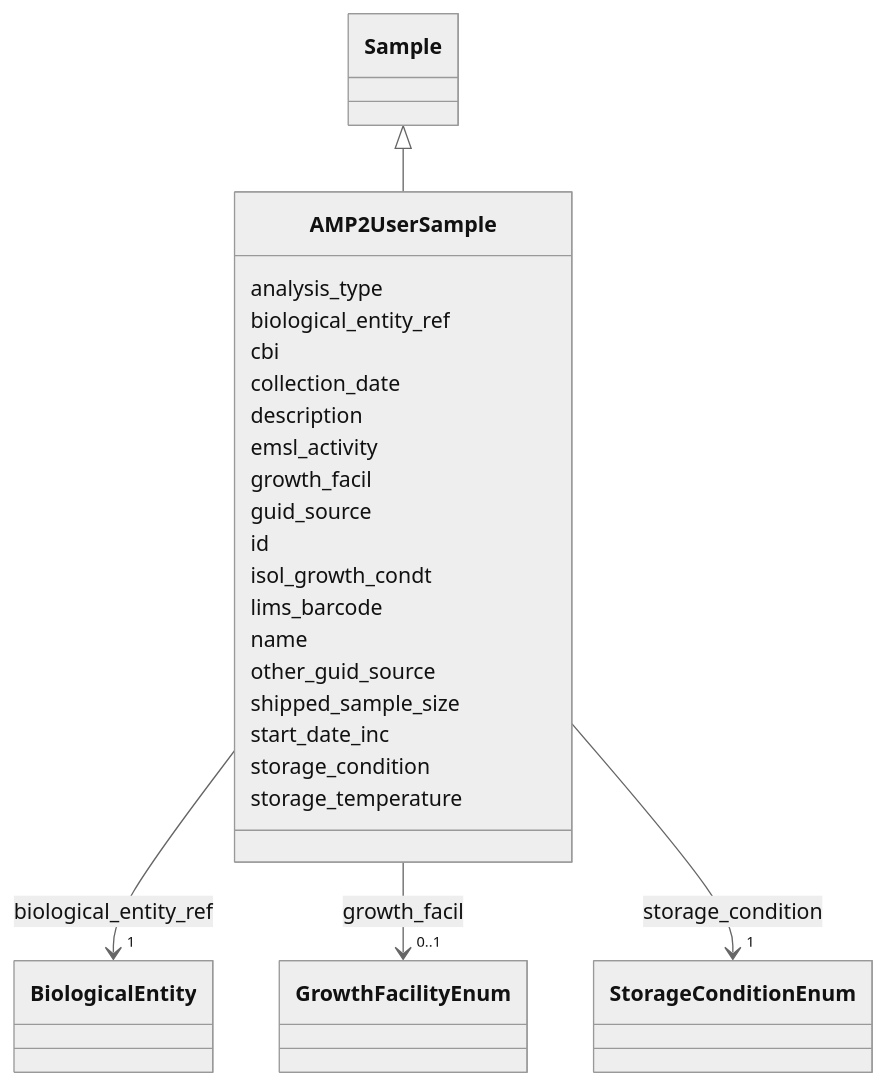
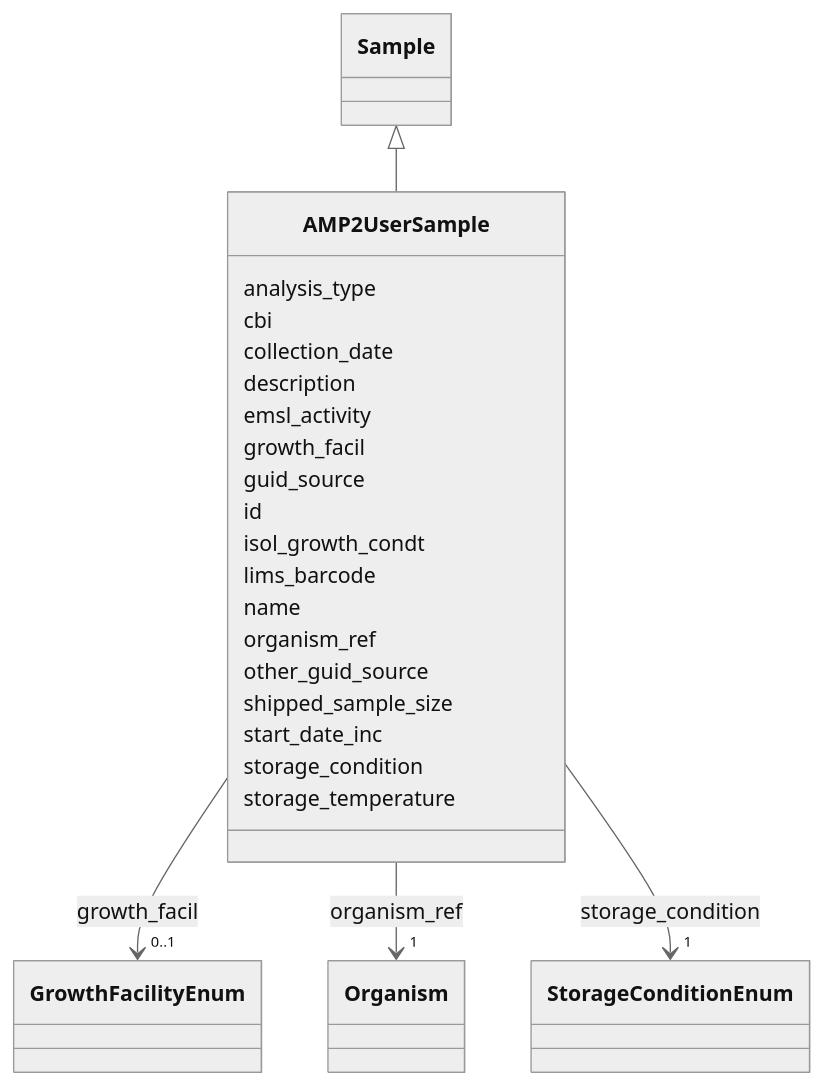
The diagram in docs/elements/AMP2UserSample.md (EMSL-Computing/BASALT-Schema), drawn with Mermaid (neutral theme) before and after one commit. The commit also changed other lines of this file and 167 other files, not shown here.

Commit message:
refactor 'biological_entity' to 'organism' and regen visualizer, models, docs

````diff
--- a/docs/elements/AMP2UserSample.md
+++ b/docs/elements/AMP2UserSample.md
@@ -44,70 +44,70 @@
 ```mermaid
  classDiagram
     class AMP2UserSample
     click AMP2UserSample href "../AMP2UserSample/"
       Sample <|-- AMP2UserSample
         click Sample href "../Sample/"
       
       AMP2UserSample : analysis_type
-        
-      AMP2UserSample : biological_entity_ref
-        
-          
-    
-        
-        
-        AMP2UserSample --> "1" BiologicalEntity : biological_entity_ref
-        click BiologicalEntity href "../BiologicalEntity/"
-    
-
         
       AMP2UserSample : cbi
         
       AMP2UserSample : collection_date
         
       AMP2UserSample : description
         
       AMP2UserSample : emsl_activity
         
       AMP2UserSample : growth_facil
         
           
     
         
         
         AMP2UserSample --> "0..1" GrowthFacilityEnum : growth_facil
         click GrowthFacilityEnum href "../GrowthFacilityEnum/"
     
 
         
       AMP2UserSample : guid_source
         
       AMP2UserSample : id
         
       AMP2UserSample : isol_growth_condt
         
       AMP2UserSample : lims_barcode
         
       AMP2UserSample : name
         
+      AMP2UserSample : organism_ref
+        
+          
+    
+        
+        
+        AMP2UserSample --> "1" Organism : organism_ref
+        click Organism href "../Organism/"
+    
+
+        
       AMP2UserSample : other_guid_source
         
       AMP2UserSample : shipped_sample_size
         
       AMP2UserSample : start_date_inc
         
       AMP2UserSample : storage_condition
         
           
     
         
         
         AMP2UserSample --> "1" StorageConditionEnum : storage_condition
         click StorageConditionEnum href "../StorageConditionEnum/"
     
 
         
       AMP2UserSample : storage_temperature
         
       
 ```
````
